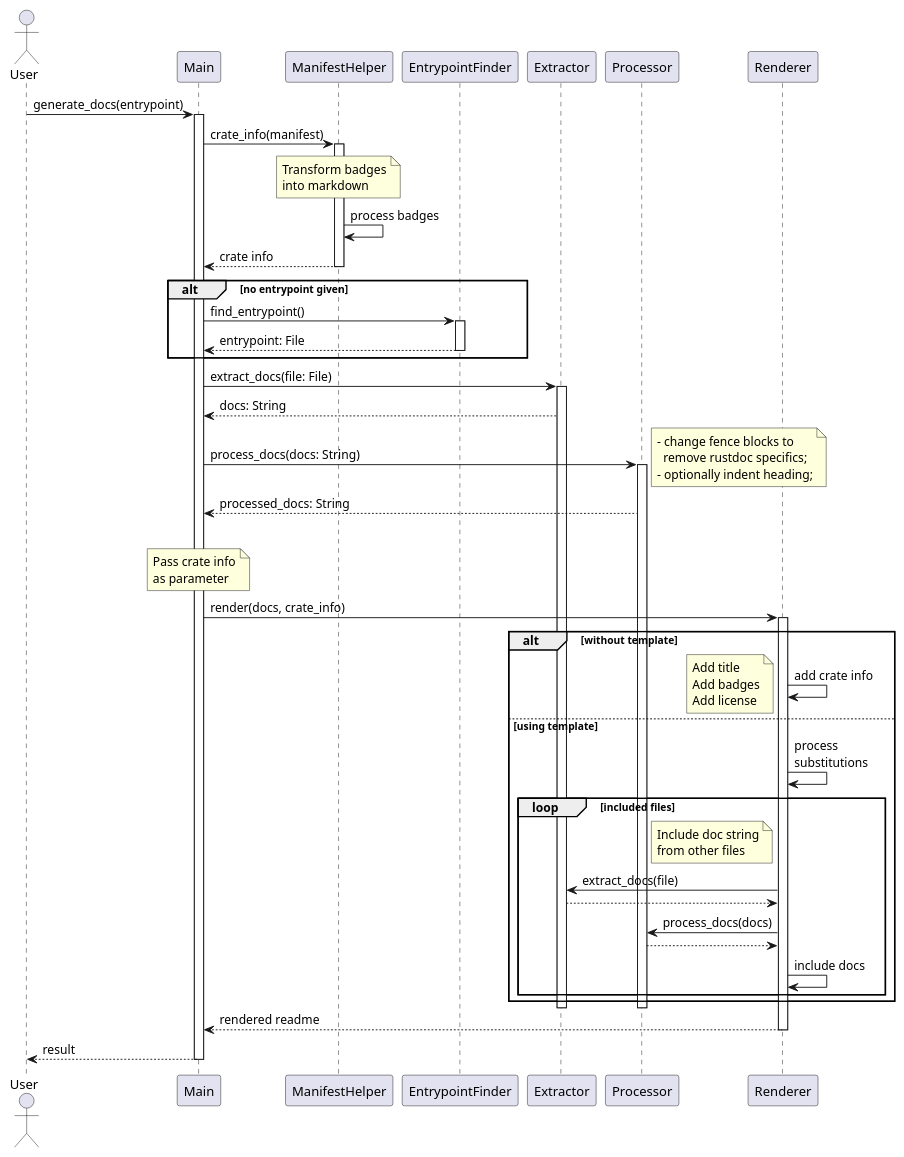
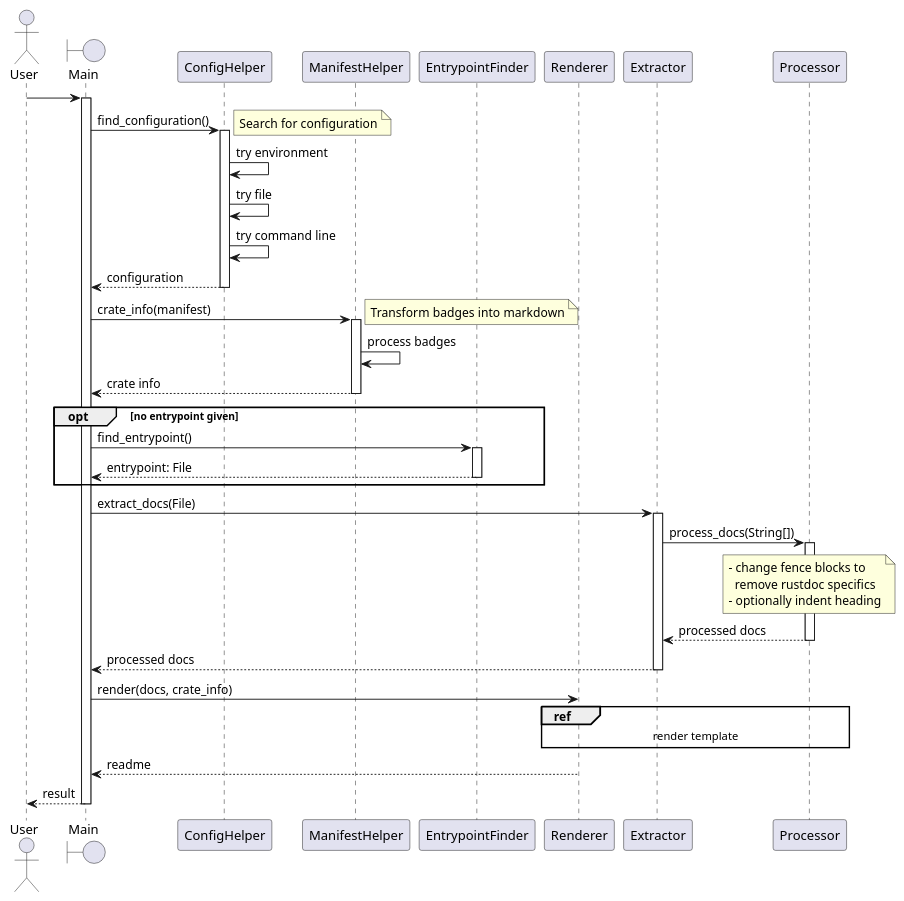
Before and after one commit to webern/cargo-readme: the first of 2 diagrams in docs/uml/sequence.puml, drawn with PlantUML. The commit also changed other lines of this file and 1 other file, not shown here.

Commit message:
Add class diagram and update sequence diagram

```diff
--- a/docs/uml/sequence.puml
+++ b/docs/uml/sequence.puml
@@ -1,82 +1,67 @@
-@startuml
+@startuml flow
 
 actor User
-User -> Main: generate_docs(entrypoint)
+boundary Main
+participant ConfigHelper
+participant ManifestHelper
+participant EntrypointFinder
+participant Renderer
+participant Extractor
+participant Processor
+
+User -> Main
 activate Main
+
+Main -> ConfigHelper: find_configuration()
+activate ConfigHelper
+note right: Search for configuration
+
+ConfigHelper -> ConfigHelper: try environment
+ConfigHelper -> ConfigHelper: try file
+ConfigHelper -> ConfigHelper: try command line
+
+Main <-- ConfigHelper: configuration
+deactivate ConfigHelper
 
 Main -> ManifestHelper: crate_info(manifest)
 activate ManifestHelper
+note right: Transform badges into markdown
 
-note over ManifestHelper
-    Transform badges
-    into markdown
-end note
 ManifestHelper -> ManifestHelper: process badges
 
 Main <-- ManifestHelper: crate info
 deactivate ManifestHelper
 
-alt no entrypoint given
+opt no entrypoint given
     Main -> EntrypointFinder: find_entrypoint()
     activate EntrypointFinder
     Main <-- EntrypointFinder: entrypoint: File
     deactivate EntrypointFinder
 end
 
-Main -> Extractor: extract_docs(file: File)
+Main -> Extractor: extract_docs(File)
 activate Extractor
-Main <-- Extractor: docs: String
 
-Main -> Processor: process_docs(docs: String)
+Extractor -> Processor: process_docs(String[])
+note over Processor
+    - change fence blocks to
+      remove rustdoc specifics
+    - optionally indent heading
+end note
 activate Processor
-note right
-    - change fence blocks to
-      remove rustdoc specifics;
-    - optionally indent heading;
-end note
 
-Main <-- Processor: processed_docs: String
-|||
-note over Main
-    Pass crate info
-    as parameter
-end note
-Main -> Renderer: render(docs, crate_info)
-activate Renderer
+Extractor <-- Processor: processed docs
+deactivate Processor
 
-alt without template
-    Renderer -> Renderer: add crate info
-    note left
-        Add title
-        Add badges
-        Add license
-    end note
-else using template
-    Renderer -> Renderer: process\nsubstitutions
-
-    loop included files
-        note left of Renderer
-            Include doc string
-            from other files
-        end note
-        Renderer -> Extractor: extract_docs(file)
-        Renderer <-- Extractor:
-        Renderer -> Processor: process_docs(docs)
-        Renderer <-- Processor:
-        Renderer -> Renderer: include docs
-    end
-end
-
+Main <-- Extractor: processed docs
 deactivate Extractor
 
-deactivate Processor
-
-Main <-- Renderer: rendered readme
-
-deactivate Renderer
+Main -> Renderer: render(docs, crate_info)
+ref over Renderer, Extractor, Processor: render template
+Main <-- Renderer: readme
 
 User <-- Main: result
 
 deactivate Main
 
 @enduml
```
